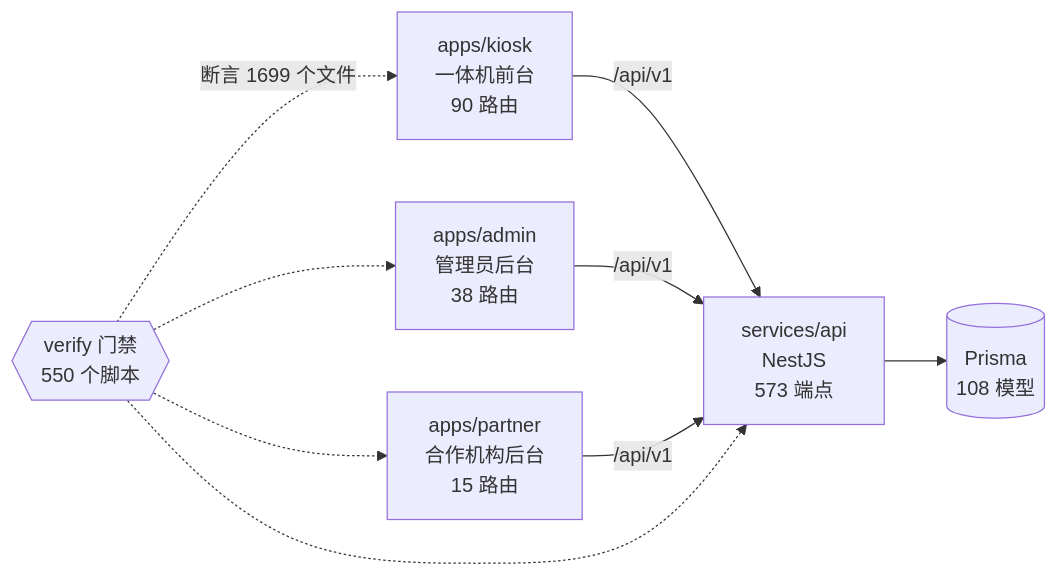
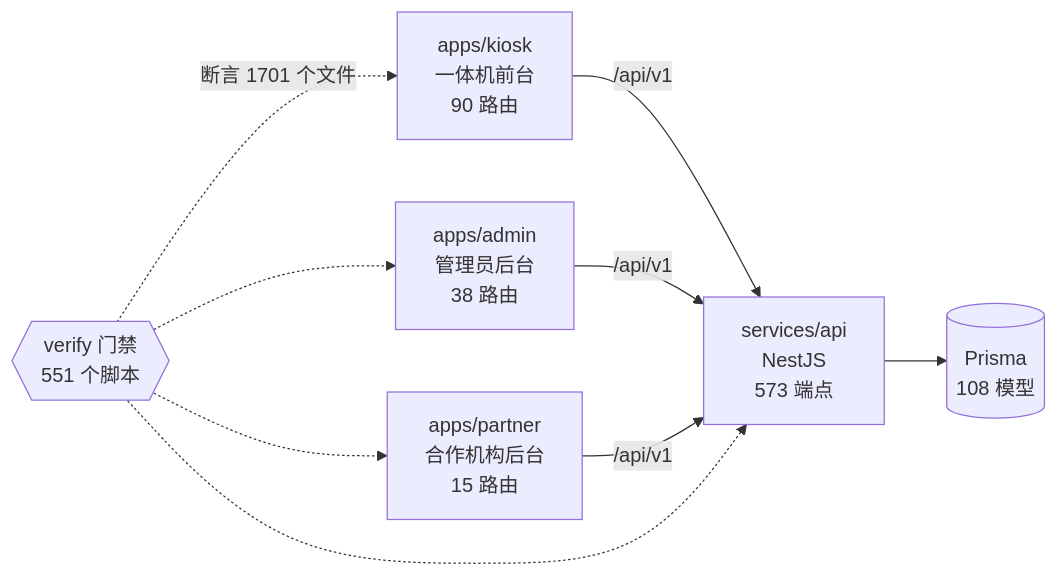
One commit to wanglei581/YITIJI changed the diagram in docs/graph/README.md. Above: the diagram before and after it, drawn with Mermaid. The commit also changed other lines of this file and 3 other files, not shown here.

Commit message:
docs(progress): kiosk self-assessment consent half with #1119; regenerate graph

````diff
--- a/docs/graph/README.md
+++ b/docs/graph/README.md
@@ -68,18 +68,18 @@
 ```mermaid
 flowchart LR
   kiosk["apps/kiosk<br/>一体机前台<br/>90 路由"]
   admin["apps/admin<br/>管理员后台<br/>38 路由"]
   partner["apps/partner<br/>合作机构后台<br/>15 路由"]
   api["services/api<br/>NestJS<br/>573 端点"]
   db[("Prisma<br/>108 模型")]
-  gates{{"verify 门禁<br/>550 个脚本"}}
+  gates{{"verify 门禁<br/>551 个脚本"}}
 
   kiosk -->|"/api/v1"| api
   admin -->|"/api/v1"| api
   partner -->|"/api/v1"| api
   api --> db
-  gates -.->|"断言 1699 个文件"| kiosk
+  gates -.->|"断言 1701 个文件"| kiosk
   gates -.-> admin
   gates -.-> partner
   gates -.-> api
 ```
````
